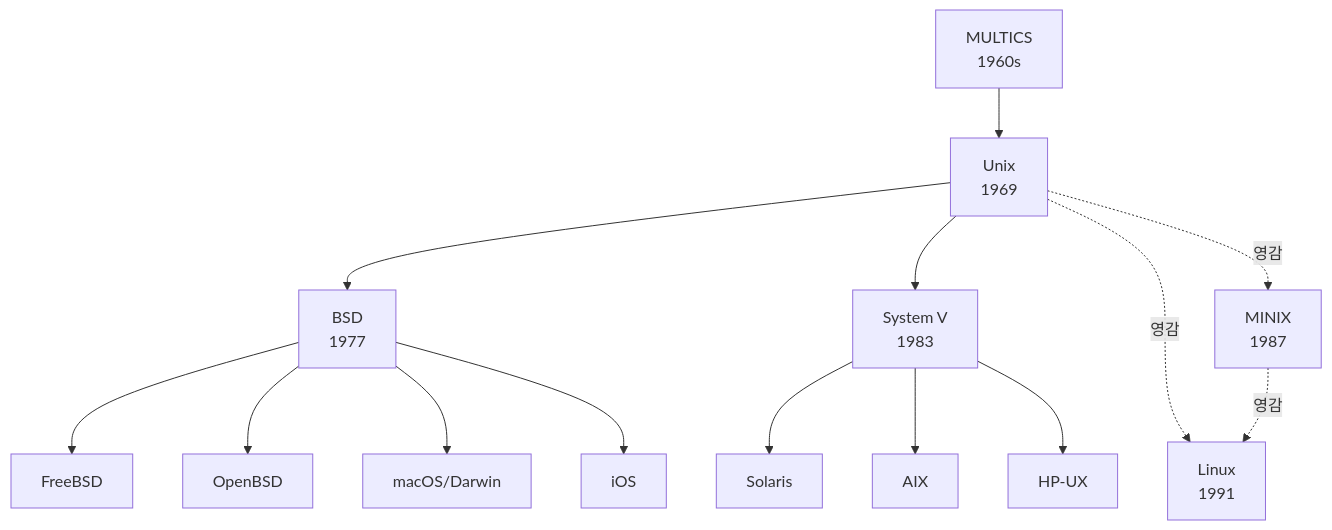
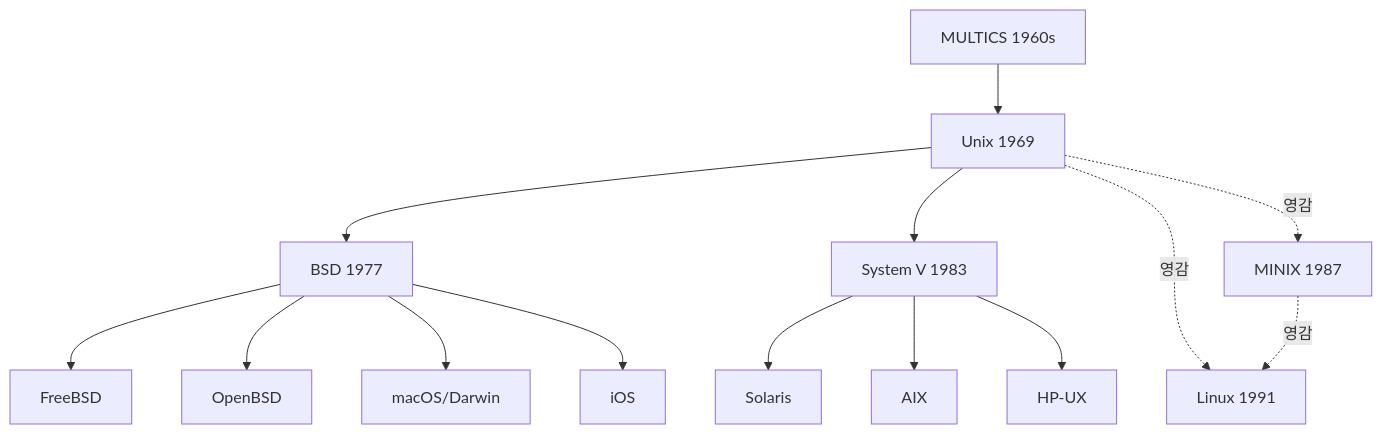
Before and after one commit to youngmin-gwon/what-i-studied: the fourth of 4 diagrams in 01_inbox/operating-systems/operating-system-history.md, drawn with Mermaid. The commit also changed other lines of this file and 1 other file, not shown here.

````diff
--- a/01_inbox/operating-systems/operating-system-history.md
+++ b/01_inbox/operating-systems/operating-system-history.md
@@ -163,16 +163,16 @@
 ```mermaid
 graph TB
-    MULTICS[MULTICS\n1960s] --> UNIX[Unix\n1969]
-    UNIX --> BSD[BSD\n1977]
-    UNIX --> SYSV[System V\n1983]
+    MULTICS[MULTICS 1960s] --> UNIX[Unix 1969]
+    UNIX --> BSD[BSD 1977]
+    UNIX --> SYSV[System V 1983]
     BSD --> FREEBSD[FreeBSD]
     BSD --> OPENBSD[OpenBSD]
     BSD --> MACOS[macOS/Darwin]
     BSD --> IOS[iOS]
     SYSV --> SOLARIS[Solaris]
     SYSV --> AIX[AIX]
     SYSV --> HPUX[HP-UX]
-    UNIX -.->|영감| LINUX[Linux\n1991]
-    UNIX -.->|영감| MINIX[MINIX\n1987]
+    UNIX -.->|영감| LINUX[Linux 1991]
+    UNIX -.->|영감| MINIX[MINIX 1987]
     MINIX -.->|영감| LINUX
 ```
````
